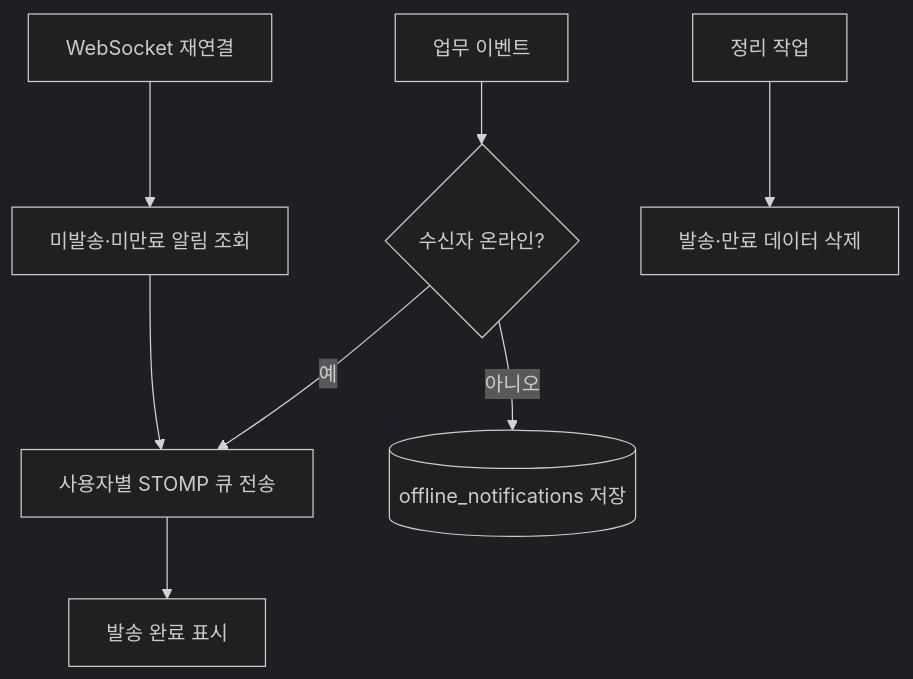
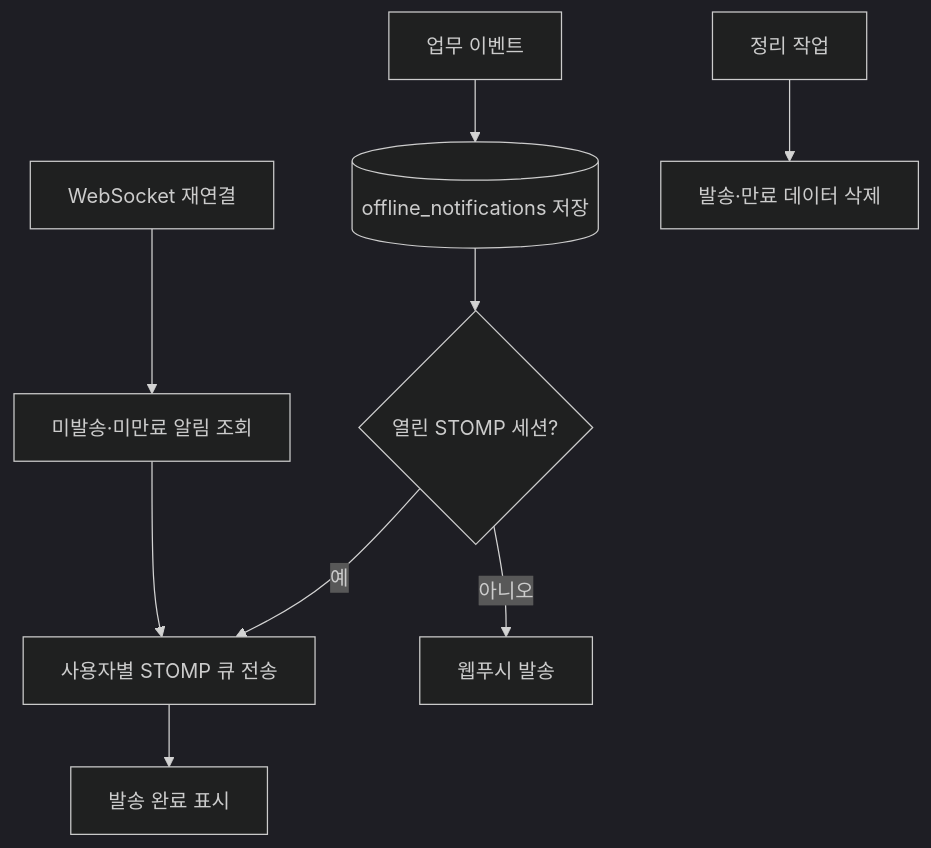
Before and after one commit to gitUserKHS/talk_with_neighbors_back: the sixth of 6 diagrams in docs/04-data-flows.md, drawn with Mermaid (dark theme). The commit also changed other lines of this file and 101 other files, not shown here.

````diff
--- a/docs/04-data-flows.md
+++ b/docs/04-data-flows.md
@@ -112,10 +112,11 @@
 ```mermaid
 flowchart TD
-    E["업무 이벤트"] --> O{"수신자 온라인?"}
+    E["업무 이벤트"] --> D[("offline_notifications 저장")]
+    D --> O{"열린 STOMP 세션?"}
     O -->|예| W["사용자별 STOMP 큐 전송"]
-    O -->|아니오| D[("offline_notifications 저장")]
+    O -->|아니오| U["웹푸시 발송"]
     R["WebSocket 재연결"] --> P["미발송·미만료 알림 조회"]
     P --> W
     W --> S["발송 완료 표시"]
     C["정리 작업"] --> X["발송·만료 데이터 삭제"]
 ```
````
